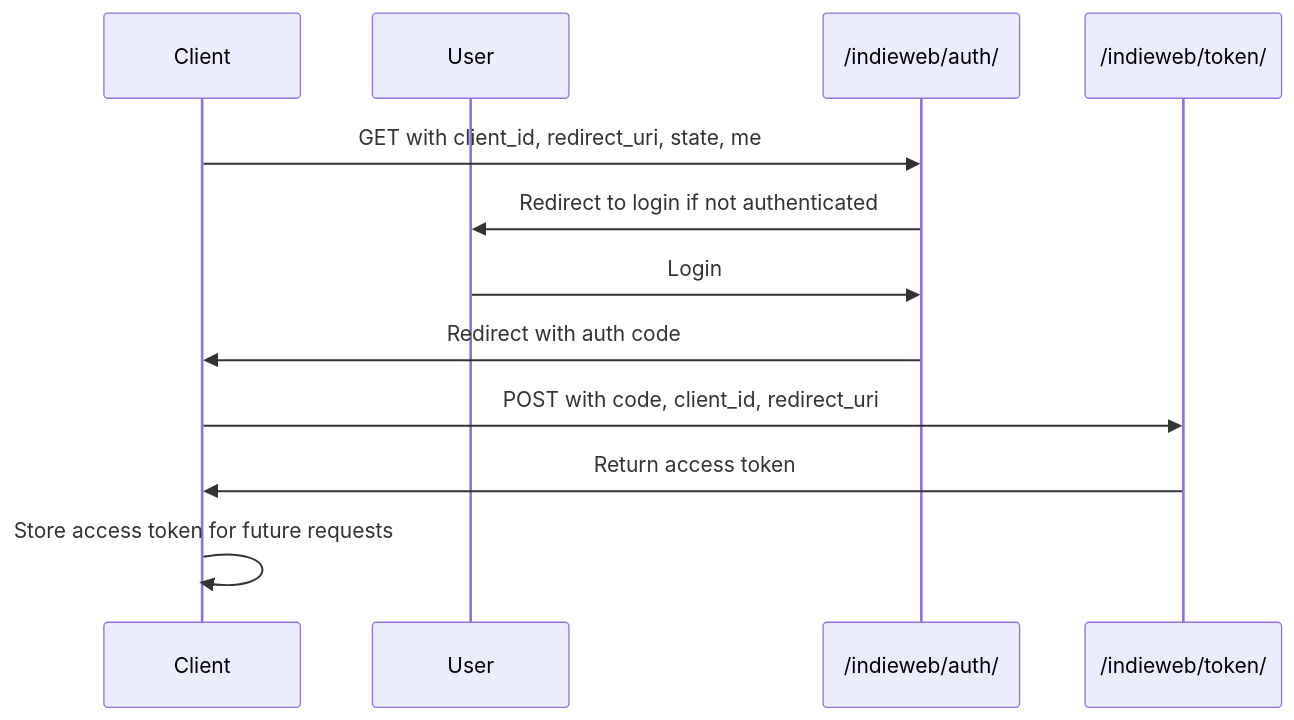
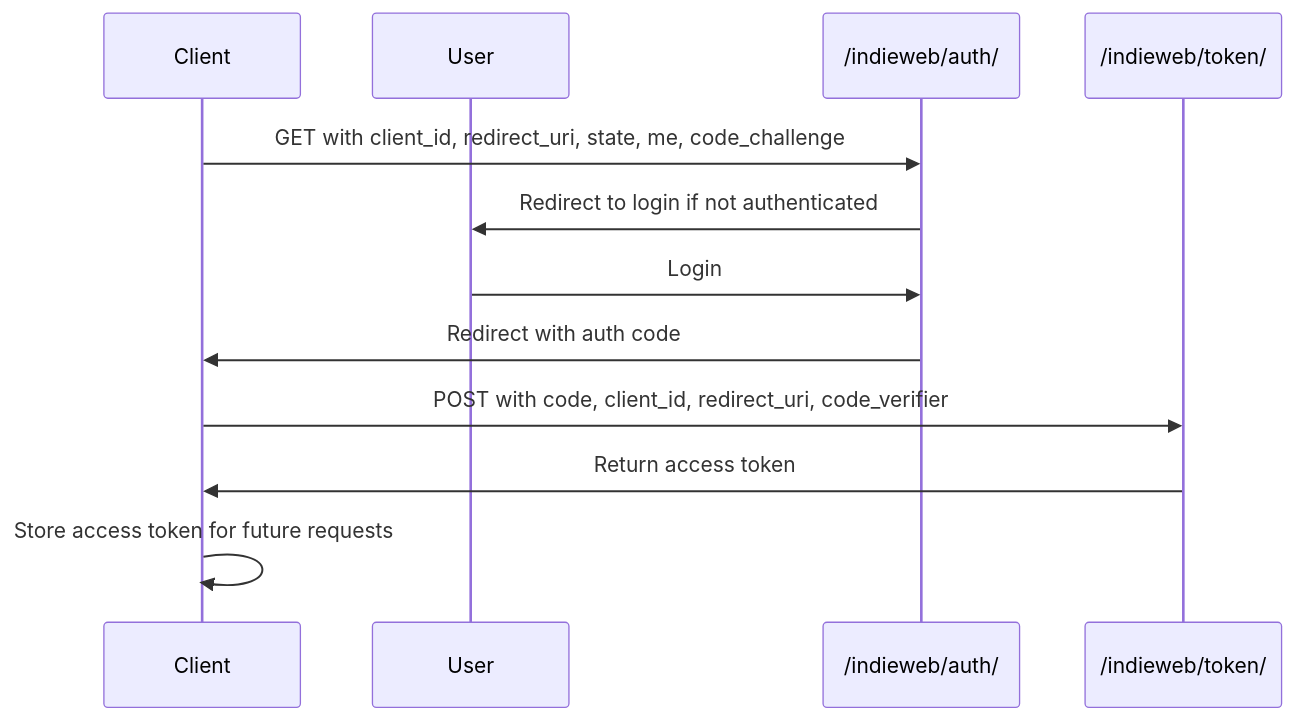
One commit to ephes/django-indieweb changed the diagram in docs/api.rst. Above: the diagram before and after it, drawn with Mermaid. The commit also changed other lines of this file and 10 other files, not shown here.

First line of the commit message:
Add PKCE support to IndieAuth authorization and token exchange

```diff
--- a/docs/api.rst
+++ b/docs/api.rst
@@ -22,15 +22,15 @@
 .. mermaid::
 
    sequenceDiagram
        participant Client
        participant User
        participant AuthEndpoint as /indieweb/auth/
        participant TokenEndpoint as /indieweb/token/
 
-       Client->>AuthEndpoint: GET with client_id, redirect_uri, state, me
+       Client->>AuthEndpoint: GET with client_id, redirect_uri, state, me, code_challenge
        AuthEndpoint->>User: Redirect to login if not authenticated
        User->>AuthEndpoint: Login
        AuthEndpoint->>Client: Redirect with auth code
-       Client->>TokenEndpoint: POST with code, client_id, redirect_uri
+       Client->>TokenEndpoint: POST with code, client_id, redirect_uri, code_verifier
        TokenEndpoint->>Client: Return access token
        Client->>Client: Store access token for future requests
```
